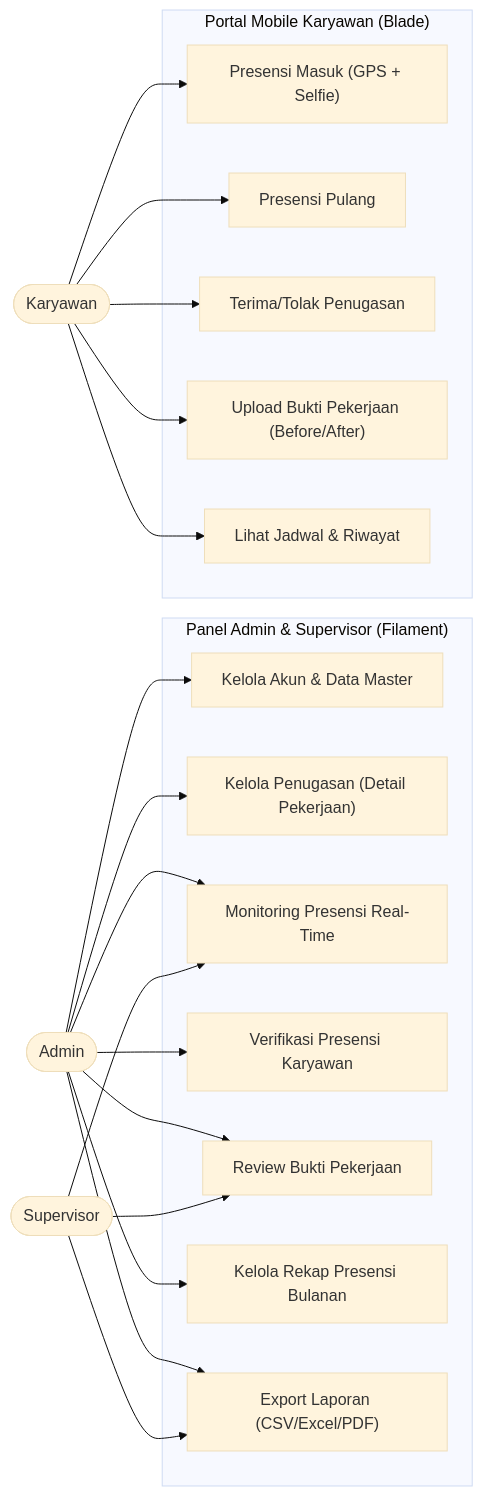
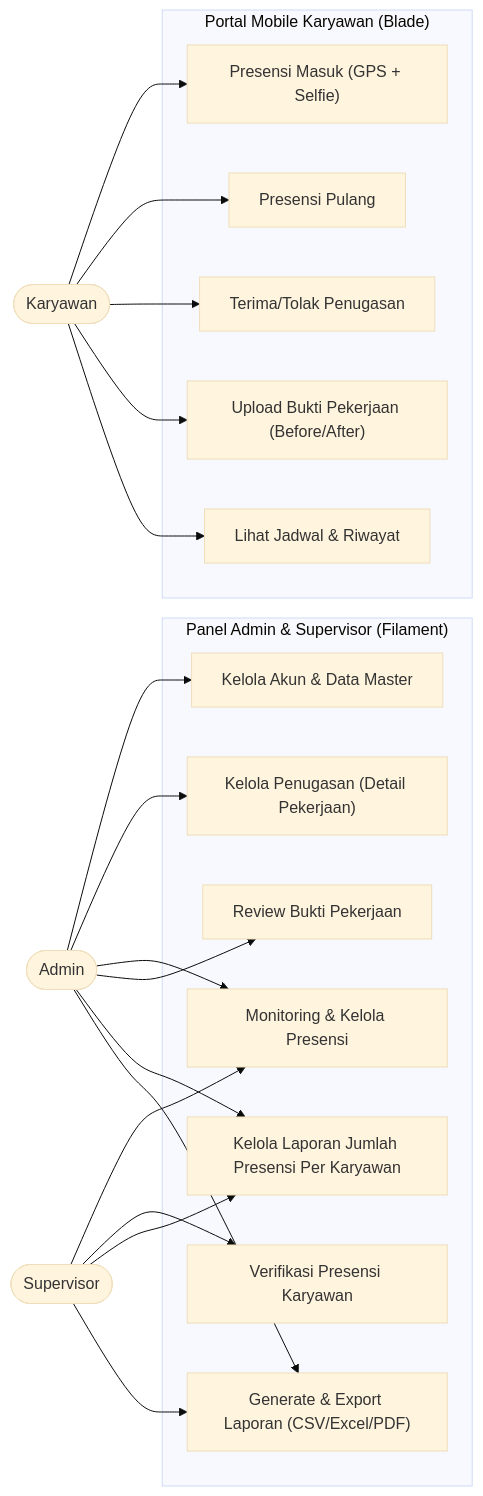
One commit to FadhilahNezaSolikhah/sistem-kepegawaian changed the first of 2 diagrams in docs/v2/09-diagram-sistem.md. Above: the diagram before and after it, drawn with Mermaid (base theme). The commit also changed other lines of this file and 12 other files, not shown here.

````diff
--- a/docs/v2/09-diagram-sistem.md
+++ b/docs/v2/09-diagram-sistem.md
@@ -13,42 +13,42 @@
 ```mermaid
 flowchart LR
     Admin([Admin])
     Supervisor([Supervisor])
     Karyawan([Karyawan])
 
     subgraph PanelAdminSupervisor["Panel Admin & Supervisor (Filament)"]
         UC1["Kelola Akun & Data Master"]
         UC2["Kelola Penugasan (Detail Pekerjaan)"]
-        UC3["Monitoring Presensi Real-Time"]
+        UC3["Monitoring & Kelola Presensi"]
         UC4["Verifikasi Presensi Karyawan"]
         UC5["Review Bukti Pekerjaan"]
-        UC6["Kelola Rekap Presensi Bulanan"]
-        UC7["Export Laporan (CSV/Excel/PDF)"]
+        UC6["Kelola Laporan Jumlah Presensi Per Karyawan"]
+        UC7["Generate & Export Laporan (CSV/Excel/PDF)"]
     end
 
     subgraph PortalKaryawan["Portal Mobile Karyawan (Blade)"]
         UC8["Presensi Masuk (GPS + Selfie)"]
         UC9["Presensi Pulang"]
         UC10["Terima/Tolak Penugasan"]
         UC11["Upload Bukti Pekerjaan (Before/After)"]
         UC12["Lihat Jadwal & Riwayat"]
     end
 
     Admin --> UC1
     Admin --> UC2
     Admin --> UC3
-    Admin --> UC4
     Admin --> UC5
     Admin --> UC6
     Admin --> UC7
 
     Supervisor --> UC3
-    Supervisor --> UC5
+    Supervisor --> UC4
+    Supervisor --> UC6
     Supervisor --> UC7
 
     Karyawan --> UC8
     Karyawan --> UC9
     Karyawan --> UC10
     Karyawan --> UC11
     Karyawan --> UC12
 ```
````
